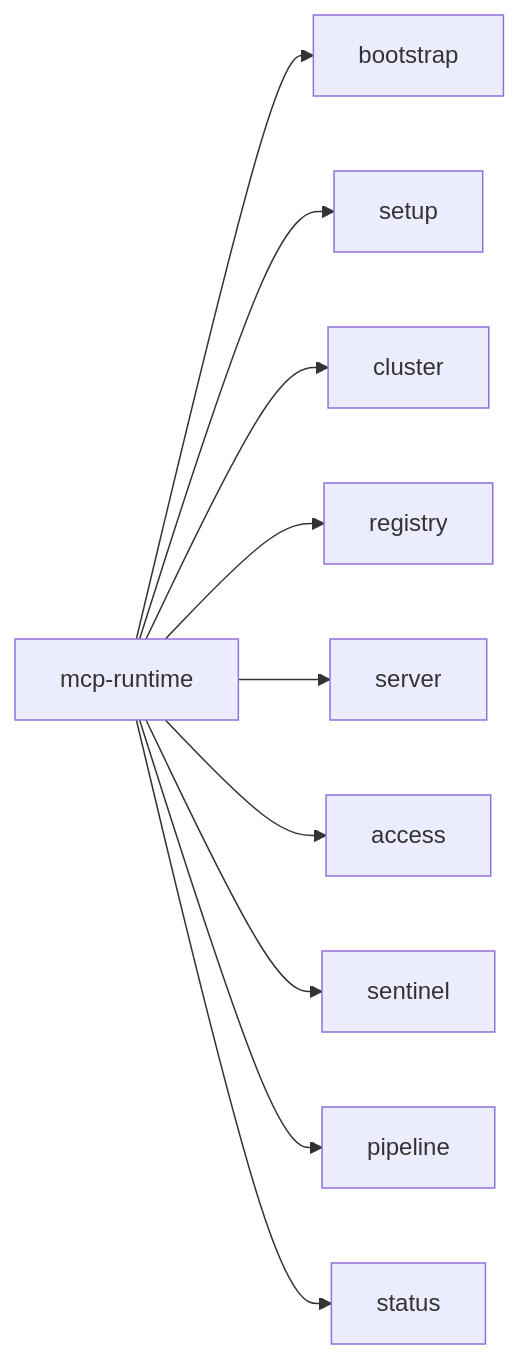
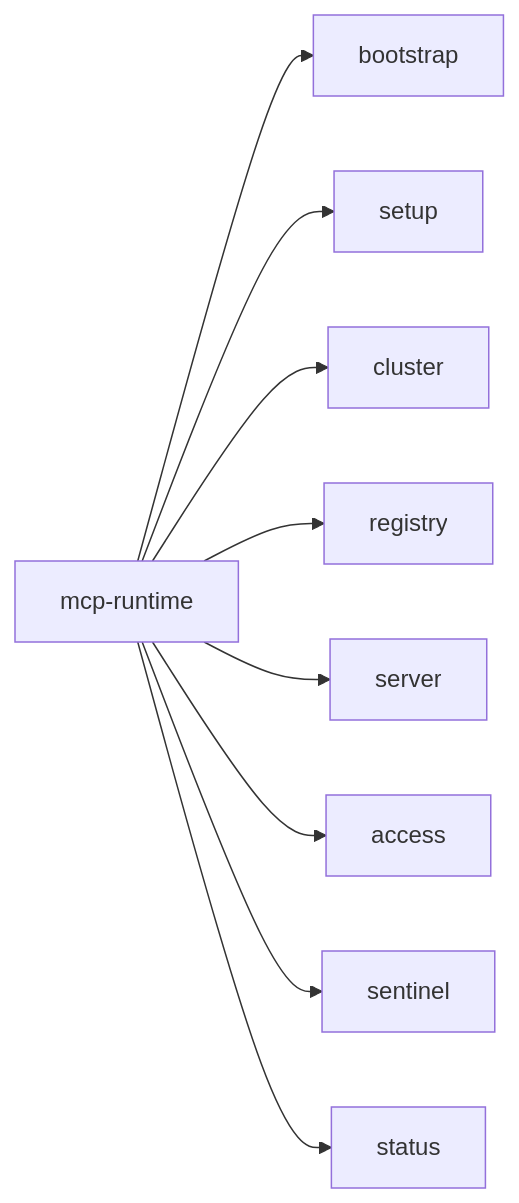
Before and after one commit to Agent-Hellboy/mcp-runtime: the diagram in docs/cli.md, drawn with Mermaid. The commit also changed other lines of this file and 125 other files, not shown here.

First line of the commit message:
feat(cli): route user flows through platform API

````diff
--- a/docs/cli.md
+++ b/docs/cli.md
@@ -5,12 +5,11 @@
 ```mermaid
 flowchart LR
     CLI[mcp-runtime] --> Boot[bootstrap]
     CLI --> Setup[setup]
     CLI --> Cluster[cluster]
     CLI --> Reg[registry]
     CLI --> Server[server]
     CLI --> Access[access]
     CLI --> Sent[sentinel]
-    CLI --> Pipe[pipeline]
     CLI --> Status[status]
 ```
````
